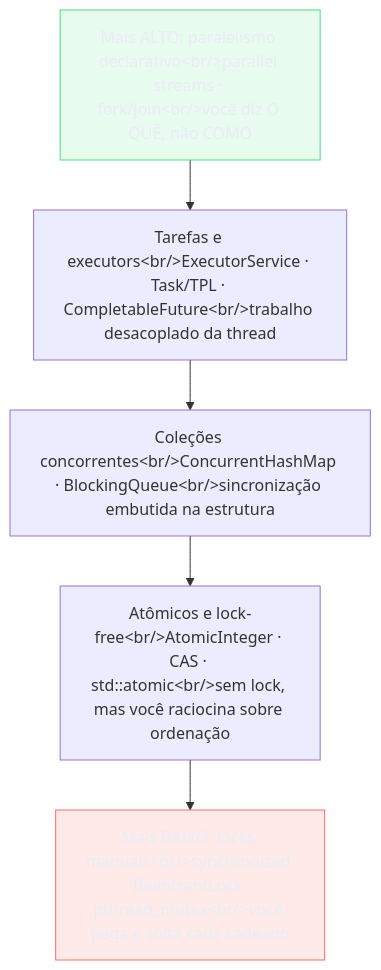
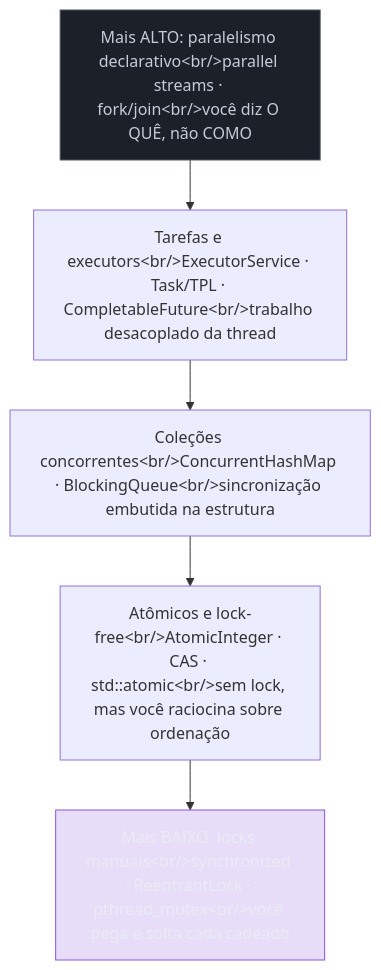
One commit to josenaldo/codex-technomanticus changed the fourth of 6 diagrams in 03-Dominios/Ciência/Concorrência e Paralelismo/10 - Memória compartilhada com threads e locks.md. Above: the diagram before and after it, drawn with Mermaid. The commit also changed other lines of this file and 601 other files, not shown here.

````diff
--- a/03-Dominios/Ciência/Concorrência e Paralelismo/10 - Memória compartilhada com threads e locks.md
+++ b/03-Dominios/Ciência/Concorrência e Paralelismo/10 - Memória compartilhada com threads e locks.md
@@ -196,13 +196,13 @@
 ```mermaid
 flowchart TB
-    classDef ok fill:#4ADE8021,stroke:#4ADE80,color:#E9ECF2
-    classDef falha fill:#FF6B6B24,stroke:#FF6B6B,color:#E9ECF2
+    classDef marca fill:#8855DF33,stroke:#8855DF,color:#E9ECF2
+    classDef neutro fill:#1B2029,stroke:#4E5666,color:#C6CCD8
     L5["Mais ALTO: paralelismo declarativo&lt;br/&gt;parallel streams · fork/join&lt;br/&gt;você diz O QUÊ, não COMO"]
     L4["Tarefas e executors&lt;br/&gt;ExecutorService · Task/TPL · CompletableFuture&lt;br/&gt;trabalho desacoplado da thread"]
     L3["Coleções concorrentes&lt;br/&gt;ConcurrentHashMap · BlockingQueue&lt;br/&gt;sincronização embutida na estrutura"]
     L2["Atômicos e lock-free&lt;br/&gt;AtomicInteger · CAS · std::atomic&lt;br/&gt;sem lock, mas você raciocina sobre ordenação"]
     L1["Mais BAIXO: locks manuais&lt;br/&gt;synchronized · ReentrantLock · pthread_mutex&lt;br/&gt;você pega e solta cada cadeado"]
     L5 --> L4 --> L3 --> L2 --> L1
-    class L5 ok
-    class L1 falha
+    class L5 neutro
+    class L1 marca
 ```
````
